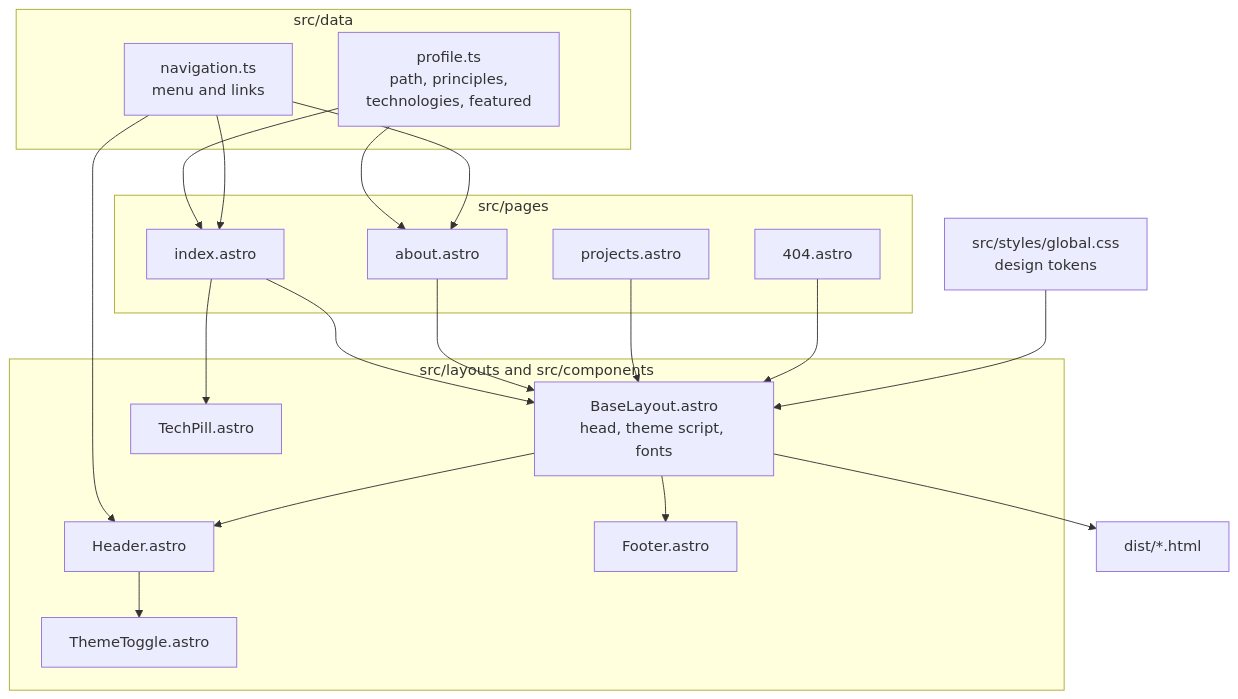
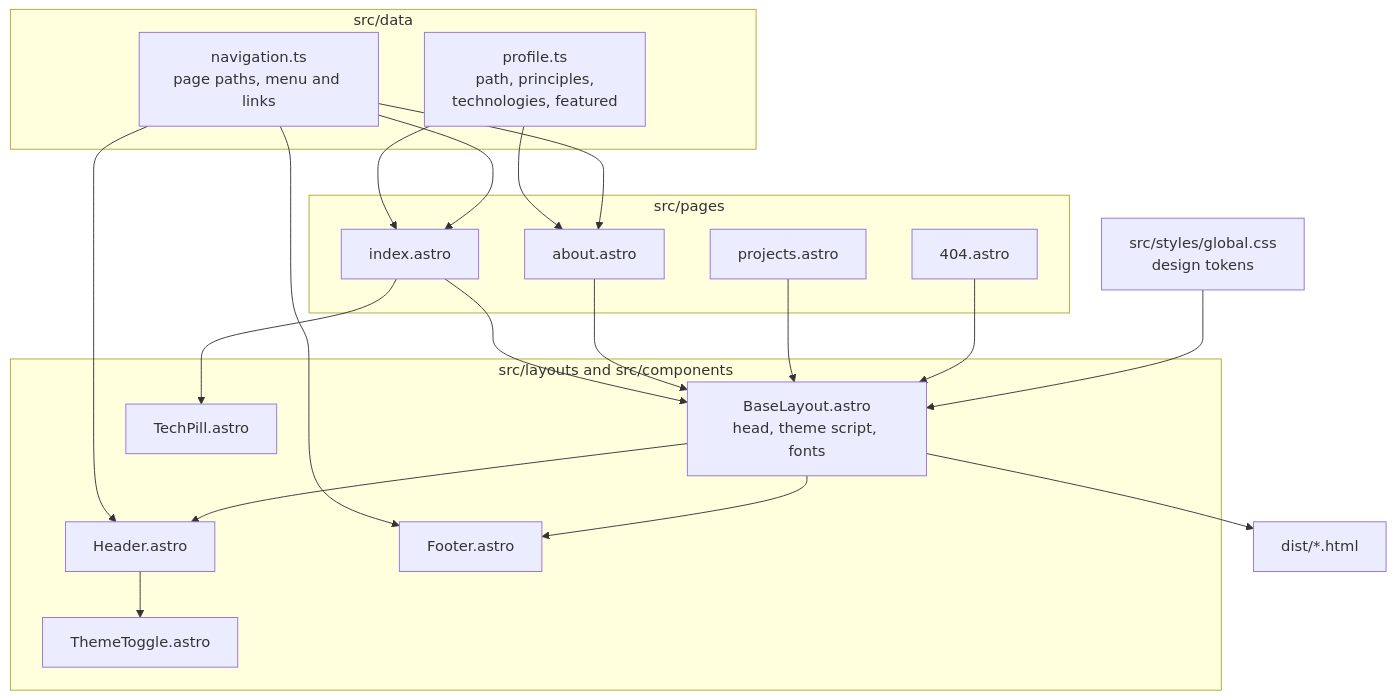
Before and after one commit to zxxdev/zxxdev.github.io: the second of 2 diagrams in docs/architecture.md, drawn with Mermaid. The commit also changed other lines of this file and 2 other files, not shown here.

First line of the commit message:
fix: keep page paths in one place and correct the architecture diagrams

````diff
--- a/docs/architecture.md
+++ b/docs/architecture.md
@@ -29,37 +31,38 @@
 ```mermaid
 flowchart TB
     subgraph data[src/data]
-        N[navigation.ts<br/>menu and links]
+        N[navigation.ts<br/>page paths, menu and links]
         P[profile.ts<br/>path, principles,<br/>technologies, featured]
     end
     subgraph pages[src/pages]
         I[index.astro]
         AB[about.astro]
         PR[projects.astro]
         NF[404.astro]
     end
     subgraph shell[src/layouts and src/components]
         L[BaseLayout.astro<br/>head, theme script, fonts]
         H[Header.astro]
         F[Footer.astro]
         T[ThemeToggle.astro]
         TP[TechPill.astro]
     end
     S[src/styles/global.css<br/>design tokens]
 
     P --> I
     P --> AB
     N --> H
+    N --> F
     N --> I
     N --> AB
     I --> L
     AB --> L
     PR --> L
     NF --> L
     L --> H
     L --> F
     H --> T
     I --> TP
     S --> L
     L --> O[dist/*.html]
 ```
````
